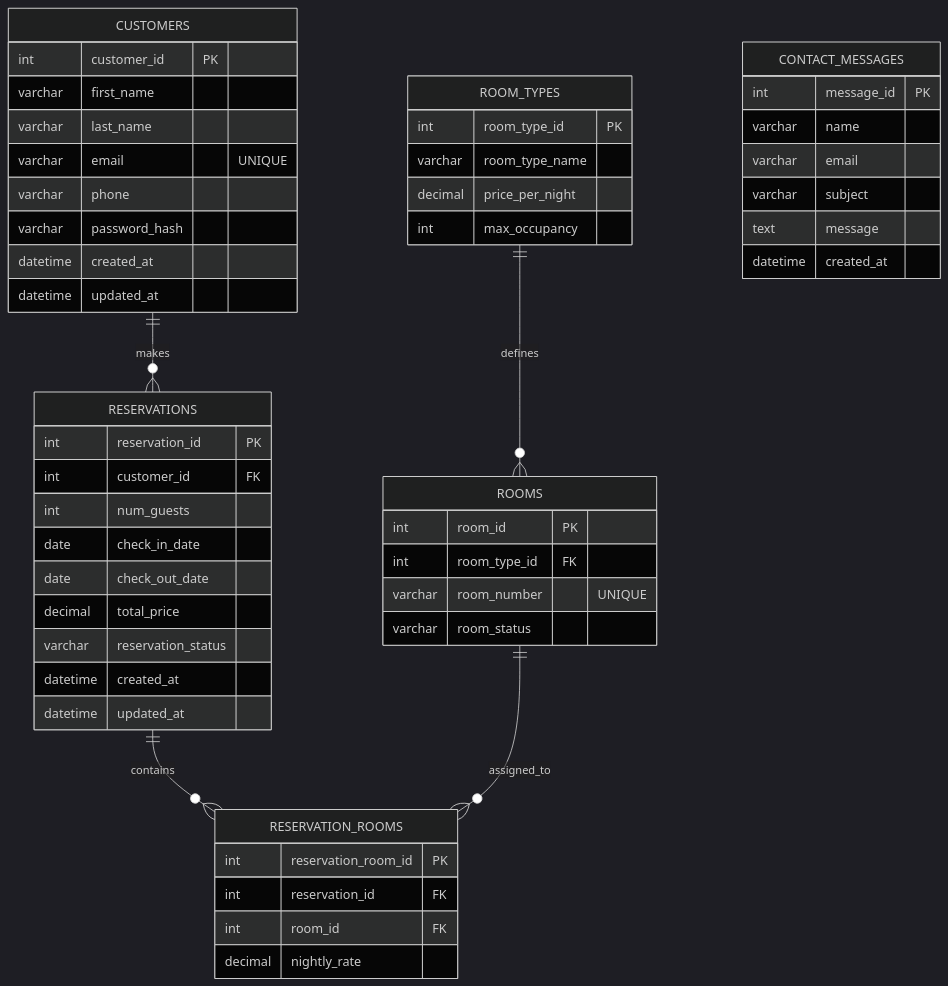
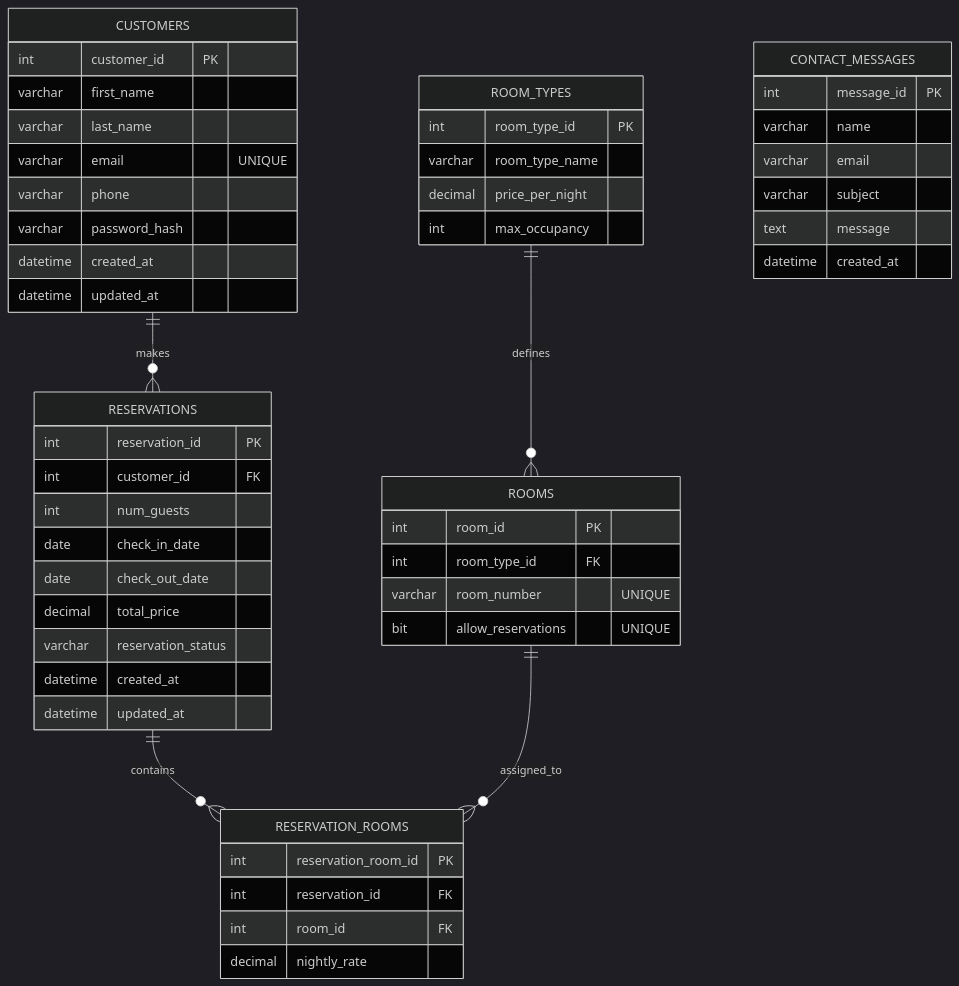
One commit to Hydroplane72/Moffat-Bay changed the diagram in Technical Design Documentation/ERD.md. Above: the diagram before and after it, drawn with Mermaid (dark theme). The commit also changed other lines of this file and 4 other files, not shown here.

````diff
--- a/Technical Design Documentation/ERD.md
+++ b/Technical Design Documentation/ERD.md
@@ -3,60 +3,60 @@
 ```mermaid
 erDiagram
     CUSTOMERS ||--o{ RESERVATIONS : makes
     ROOM_TYPES ||--o{ ROOMS : defines
     RESERVATIONS ||--o{ RESERVATION_ROOMS : contains
     ROOMS ||--o{ RESERVATION_ROOMS : assigned_to
 
     CUSTOMERS {
         int customer_id PK
         varchar first_name
         varchar last_name
         varchar email "UNIQUE"
         varchar phone
         varchar password_hash
         datetime created_at
         datetime updated_at
     }
 
     RESERVATIONS {
         int reservation_id PK
         int customer_id FK
         int num_guests
         date check_in_date
         date check_out_date
         decimal total_price
         varchar reservation_status
         datetime created_at
         datetime updated_at
     }
 
     RESERVATION_ROOMS {
         int reservation_room_id PK
         int reservation_id FK
         int room_id FK
         decimal nightly_rate
     }
 
     ROOMS {
         int room_id PK
         int room_type_id FK
         varchar room_number "UNIQUE"
-        varchar room_status
+        bit allow_reservations "UNIQUE"
     }
 
     ROOM_TYPES {
         int room_type_id PK
         varchar room_type_name
         decimal price_per_night
         int max_occupancy
     }
 
     CONTACT_MESSAGES {
             int message_id PK
             varchar name
             varchar email
             varchar subject
             text message
             datetime created_at
         }
 ```
````
